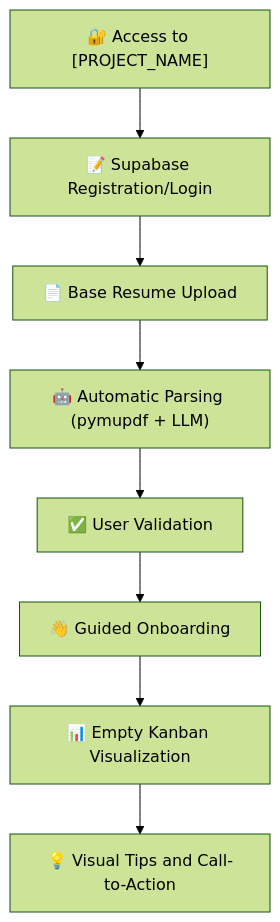
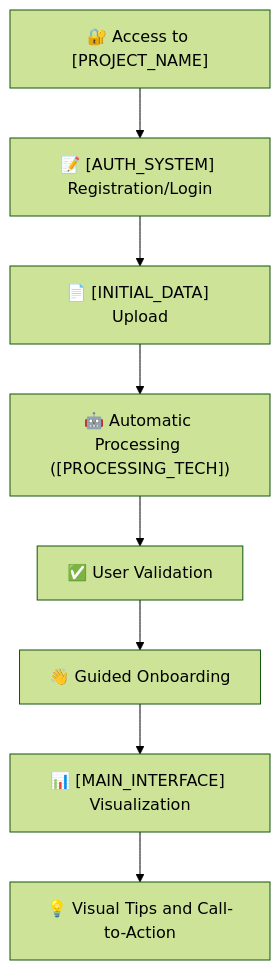
Before and after one commit to brunosrosa/codex-prime-framework: the first of 4 diagrams in .codex-prime/01_TEMPLATES/01_Produto_Product/en-us/02_REQUIREMENTS_AND_STORIES/04_USER_STORIES_ACCEPTANCE_CRITERIA/03_US_MVP_USER_JOURNEY.md, drawn with Mermaid (forest theme). The commit also changed other lines of this file and 70 other files, not shown here.

````diff
--- a/.codex-prime/01_TEMPLATES/01_Produto_Product/en-us/02_REQUIREMENTS_AND_STORIES/04_USER_STORIES_ACCEPTANCE_CRITERIA/03_US_MVP_USER_JOURNEY.md
+++ b/.codex-prime/01_TEMPLATES/01_Produto_Product/en-us/02_REQUIREMENTS_AND_STORIES/04_USER_STORIES_ACCEPTANCE_CRITERIA/03_US_MVP_USER_JOURNEY.md
@@ -44,10 +44,10 @@
 ```mermaid
 flowchart TD
-    A["🔐 Access to [PROJECT_NAME]"] --> B["📝 Supabase Registration/Login"]
-    B --> C["📄 Base Resume Upload"]
-    C --> D["🤖 Automatic Parsing (pymupdf + LLM)"]
+    A["🔐 Access to [PROJECT_NAME]"] --> B["📝 [AUTH_SYSTEM] Registration/Login"]
+    B --> C["📄 [INITIAL_DATA] Upload"]
+    C --> D["🤖 Automatic Processing ([PROCESSING_TECH])"]
     D --> E["✅ User Validation"]
     E --> F["👋 Guided Onboarding"]
-    F --> G["📊 Empty Kanban Visualization"]
+    F --> G["📊 [MAIN_INTERFACE] Visualization"]
     G --> H["💡 Visual Tips and Call-to-Action"]
 ```
````
